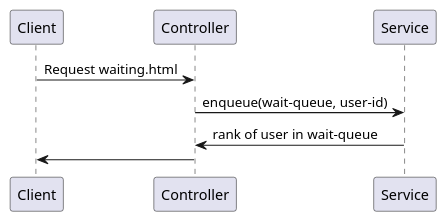
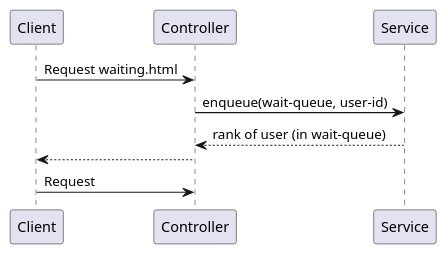
The diagram in _diary/2024-06-08.md (yanghoon/obsidian-workspace), drawn with PlantUML before and after one commit.

Commit message:
vault backup: 2024-06-08 14:10:37

````diff
--- a/_diary/2024-06-08.md
+++ b/_diary/2024-06-08.md
@@ -5,6 +5,8 @@
 ```plantuml
 Client -> Controller: Request waiting.html
 Controller -> Service: enqueue(wait-queue, user-id)
-Service -> Controller: rank of user in wait-queue
-Client <- Controller
+Controller <-- Service: rank of user (in wait-queue)
+Client <-- Controller
+
+Client -> Controller: Request
 ```
````
